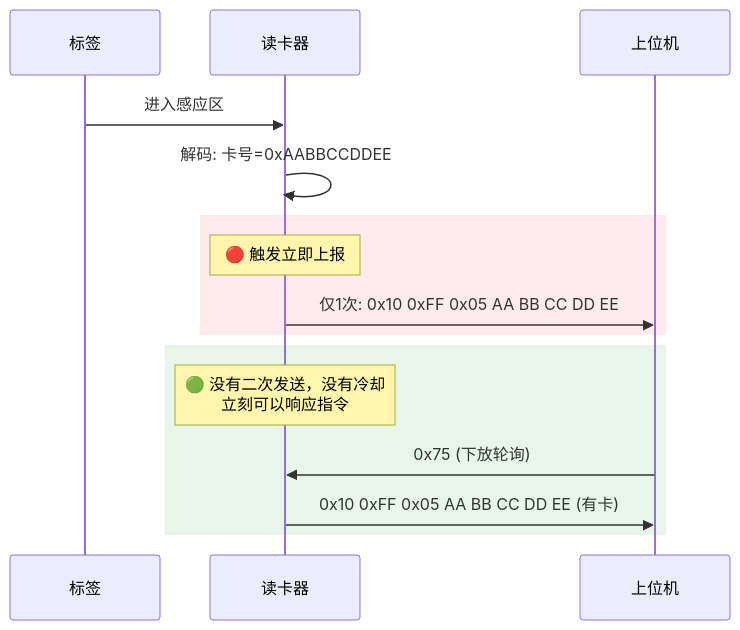
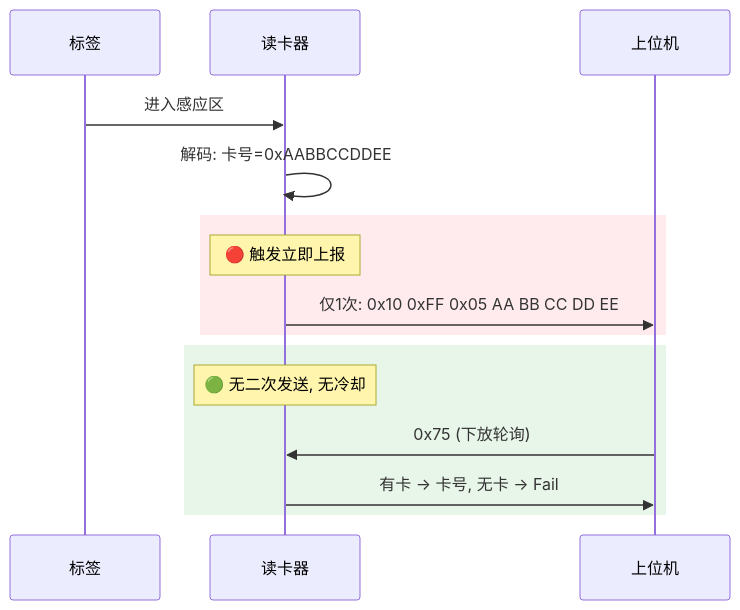
Before and after one commit to Siaiai/ObsidianNote: the fifth of 16 diagrams in 工作/SR3读卡器/260802SR3读卡器需求.md, drawn with Mermaid. The commit also changed other lines of this file and 3 other files, not shown here.

````diff
--- a/工作/SR3读卡器/260802SR3读卡器需求.md
+++ b/工作/SR3读卡器/260802SR3读卡器需求.md
@@ -186,20 +205,20 @@
 ```mermaid
 sequenceDiagram
     participant 标签
     participant 读卡器
     participant 上位机
 
     标签->>读卡器: 进入感应区
     读卡器->>读卡器: 解码: 卡号=0xAABBCCDDEE
 
     rect rgb(255, 235, 238)
         Note over 读卡器: 🔴 触发立即上报
         读卡器->>上位机: 仅1次: 0x10 0xFF 0x05 AA BB CC DD EE
     end
 
     rect rgb(232, 245, 233)
-        Note over 读卡器: 🟢 没有二次发送，没有冷却<br/>立刻可以响应指令
+        Note over 读卡器: 🟢 无二次发送, 无冷却
         上位机->>读卡器: 0x75 (下放轮询)
-        读卡器->>上位机: 0x10 0xFF 0x05 AA BB CC DD EE (有卡)
+        读卡器->>上位机: 有卡 → 卡号, 无卡 → Fail
     end
 ```
````
